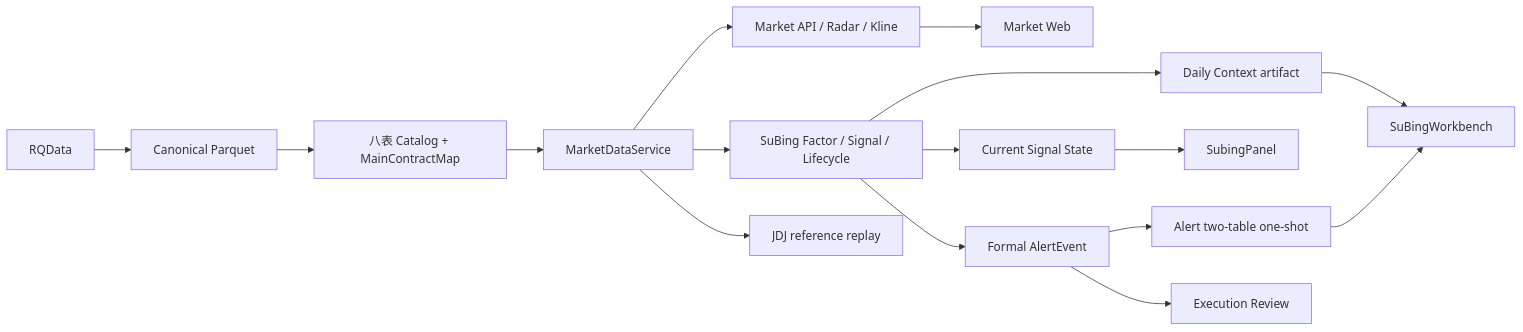
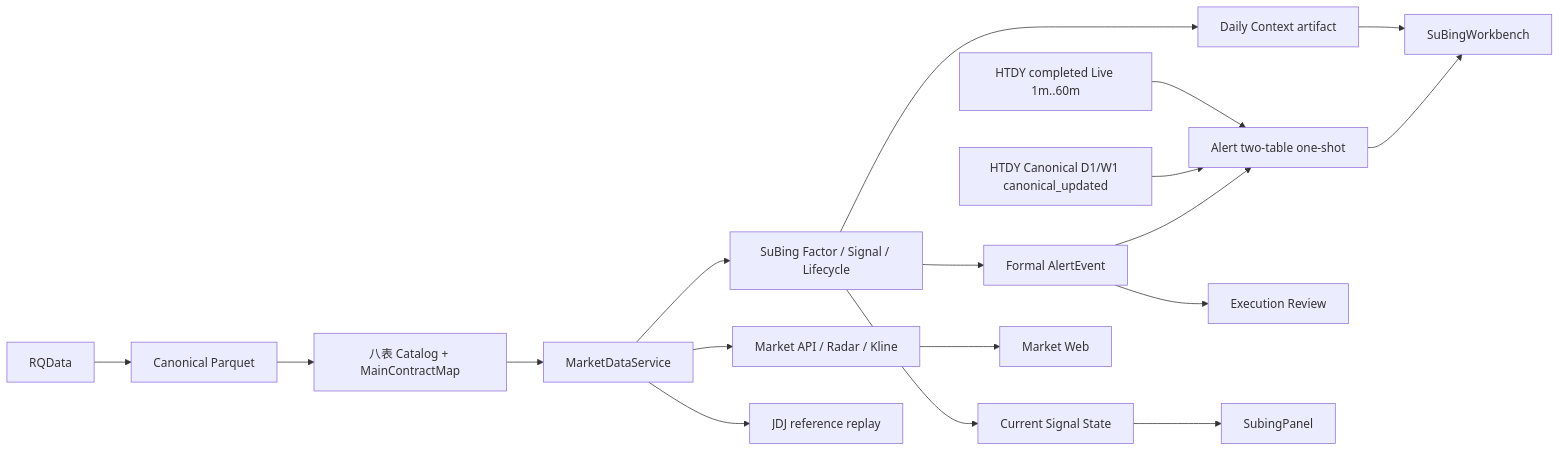
The diagram in docs/ARCHITECTURE.md (firehell/guiyi-quant-workstation), drawn with Mermaid before and after one commit. The commit also changed 6 other files, not shown here.

````diff
--- a/docs/ARCHITECTURE.md
+++ b/docs/ARCHITECTURE.md
@@ -5,18 +5,20 @@
 ```mermaid
 flowchart LR
   RQData --> Canonical[Canonical Parquet]
   Canonical --> Catalog[八表 Catalog + MainContractMap]
   Catalog --> MDS[MarketDataService]
   MDS --> Market[Market API / Radar / Kline]
   MDS --> SuBing[SuBing Factor / Signal / Lifecycle]
   MDS --> JDJ[JDJ reference replay]
   SuBing --> Daily[Daily Context artifact]
   SuBing --> Current[Current Signal State]
   SuBing --> Event[Formal AlertEvent]
+  HTDYLive[HTDY completed Live 1m..60m] --> Alert
+  HTDYCanonical[HTDY Canonical D1/W1 canonical_updated] --> Alert
   Event --> Alert[Alert two-table one-shot]
   Event --> Review[Execution Review]
   Market --> Web[Market Web]
   Daily --> Workbench[SuBingWorkbench]
   Current --> Panel[SubingPanel]
   Alert --> Workbench
 ```
````
